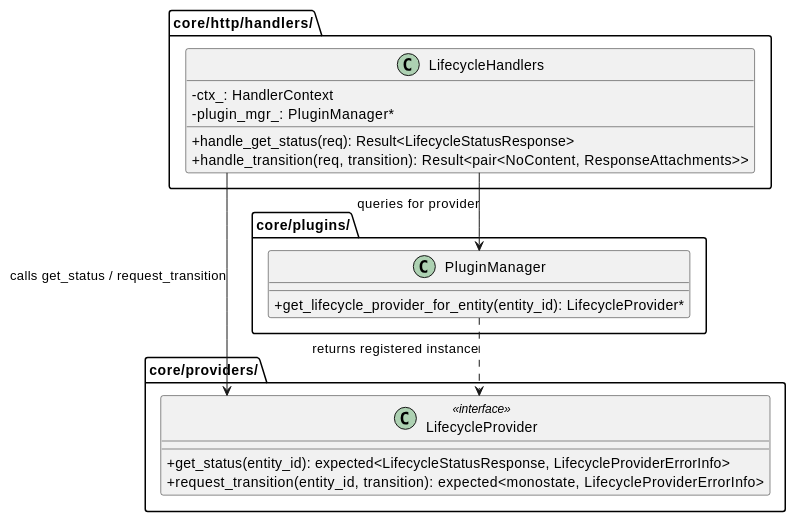
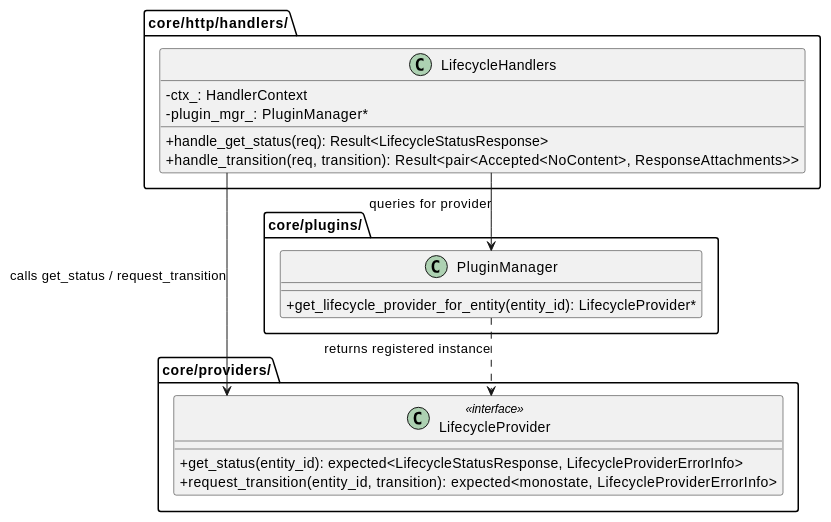
The first of 2 diagrams in src/ros2_medkit_gateway/design/lifecycle.rst (selfpatch/ros2_medkit), drawn with PlantUML before and after one commit. The commit also changed other lines of this file and 29 other files, not shown here.

```diff
--- a/src/ros2_medkit_gateway/design/lifecycle.rst
+++ b/src/ros2_medkit_gateway/design/lifecycle.rst
@@ -123,35 +123,35 @@
 .. plantuml::
    :caption: LifecycleProvider and handler relationships
 
    @startuml lifecycle_provider
 
    skinparam linetype ortho
    skinparam classAttributeIconSize 0
 
    package "core/providers/" {
        class LifecycleProvider <<interface>> {
            + get_status(entity_id): expected<LifecycleStatusResponse, LifecycleProviderErrorInfo>
            + request_transition(entity_id, transition): expected<monostate, LifecycleProviderErrorInfo>
        }
    }
 
    package "core/http/handlers/" {
        class LifecycleHandlers {
            + handle_get_status(req): Result<LifecycleStatusResponse>
-           + handle_transition(req, transition): Result<pair<NoContent, ResponseAttachments>>
+           + handle_transition(req, transition): Result<pair<Accepted<NoContent>, ResponseAttachments>>
            - ctx_: HandlerContext
            - plugin_mgr_: PluginManager*
        }
    }
 
    package "core/plugins/" {
        class PluginManager {
            + get_lifecycle_provider_for_entity(entity_id): LifecycleProvider*
        }
    }
 
    LifecycleHandlers --> PluginManager : queries for provider
    LifecycleHandlers --> LifecycleProvider : calls get_status / request_transition
    PluginManager ..> LifecycleProvider : returns registered instance
 
    @enduml
```
